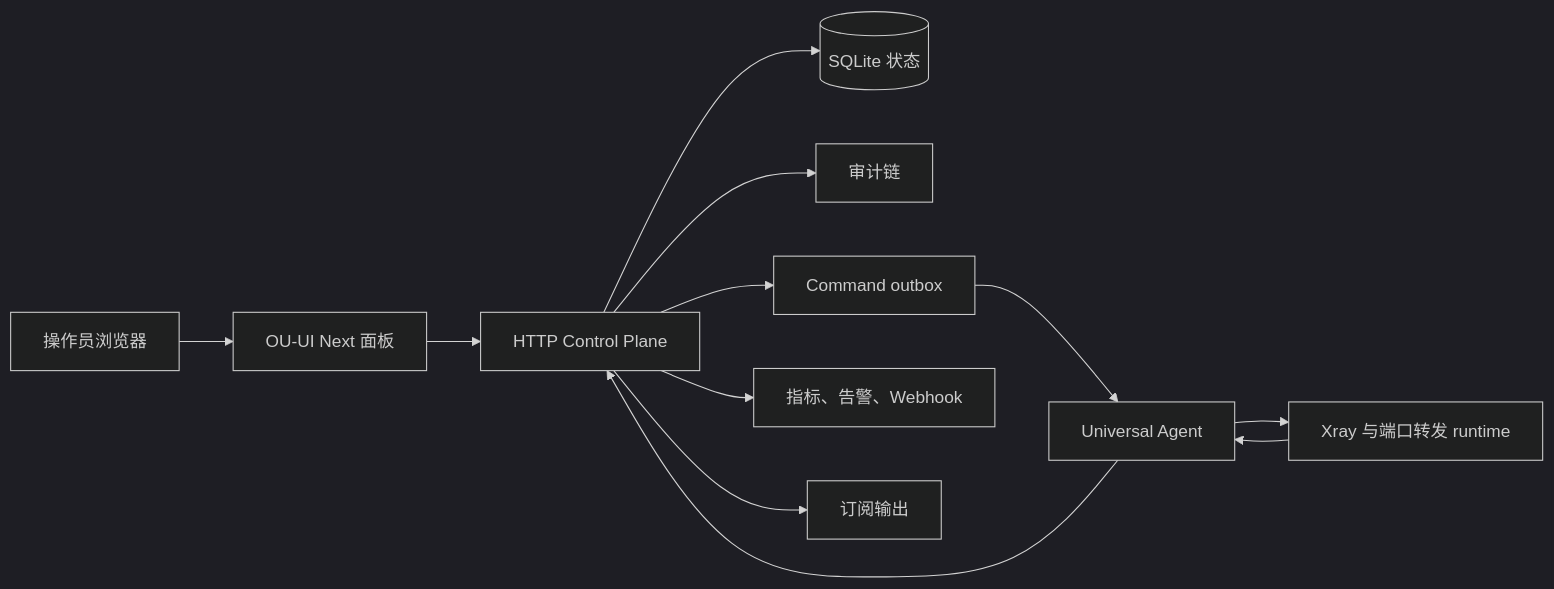
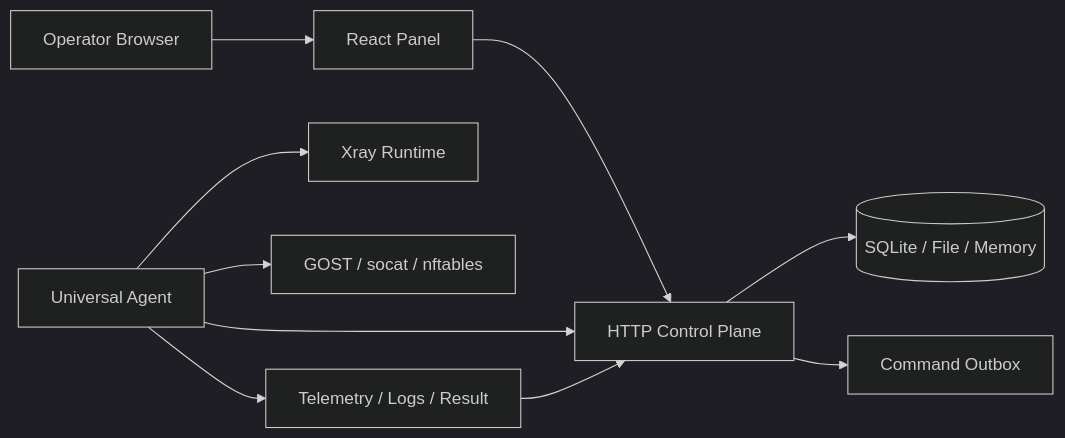
One commit to cshaizhihao/ou-ui-next changed the diagram in README.md. Above: the diagram before and after it, drawn with Mermaid (dark theme). The commit also changed other lines of this file and 10 other files, not shown here.

````diff
--- a/README.md
+++ b/README.md
@@ -97,14 +132,12 @@
 ```mermaid
 flowchart LR
-  Operator[操作员浏览器] --> Panel[OU-UI Next 面板]
+  Operator[Operator Browser] --> Panel[React Panel]
   Panel --> API[HTTP Control Plane]
-  API --> Store[(SQLite 状态)]
-  API --> Audit[审计链]
-  API --> Outbox[Command outbox]
-  Outbox --> Agent[Universal Agent]
-  Agent --> Runtime[Xray 与端口转发 runtime]
-  Runtime --> Agent
-  Agent --> API
-  API --> Metrics[指标、告警、Webhook]
-  API --> Subscriptions[订阅输出]
+  API --> Store[(SQLite / File / Memory)]
+  API --> Outbox[Command Outbox]
+  Agent[Universal Agent] --> API
+  Agent --> Xray[Xray Runtime]
+  Agent --> Forwarding[GOST / socat / nftables]
+  Agent --> Telemetry[Telemetry / Logs / Result]
+  Telemetry --> API
 ```
````
